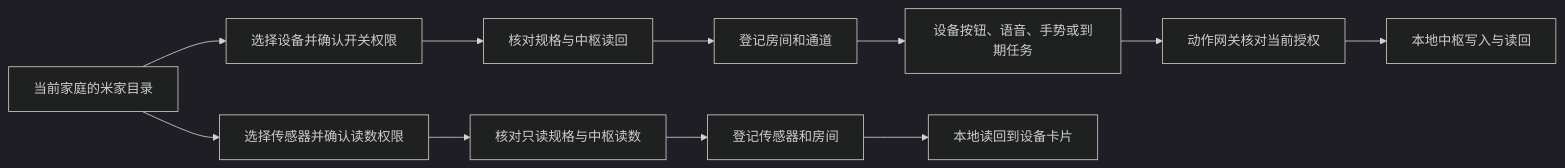
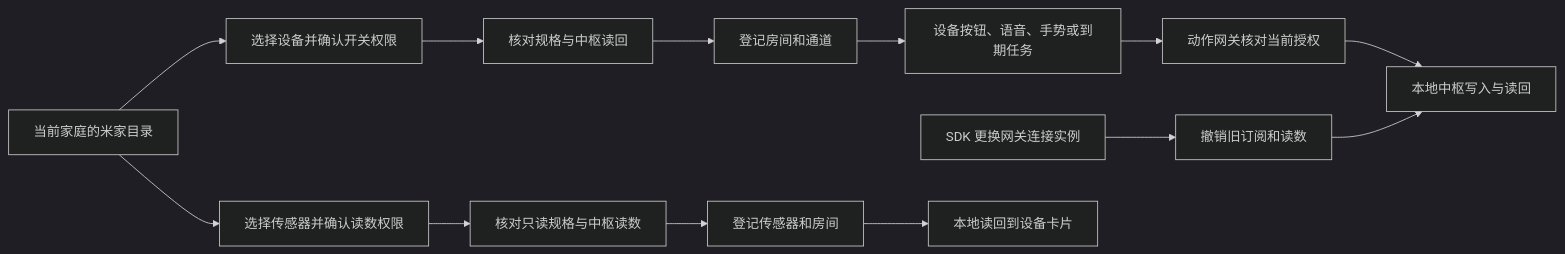
One commit to Geeprox/Friday changed the third of 45 diagrams in docs/architecture.md. Above: the diagram before and after it, drawn with Mermaid (dark theme). The commit also changed other lines of this file and 3 other files, not shown here.

```diff
--- a/docs/architecture.md
+++ b/docs/architecture.md
@@ -88,13 +90,15 @@
 ~~~mermaid
 flowchart LR
   A[当前家庭的米家目录] --> B[选择设备并确认开关权限]
   B --> C[核对规格与中枢读回]
   C --> D[登记房间和通道]
   D --> E[设备按钮、语音、手势或到期任务]
   E --> F[动作网关核对当前授权]
   F --> G[本地中枢写入与读回]
+  M[SDK 更换网关连接实例] --> N[撤销旧订阅和读数]
+  N --> G
   A --> R[选择传感器并确认读数权限]
   R --> Q[核对只读规格与中枢读数]
   Q --> S[登记传感器和房间]
   S --> T[本地读回到设备卡片]
 ~~~
```
